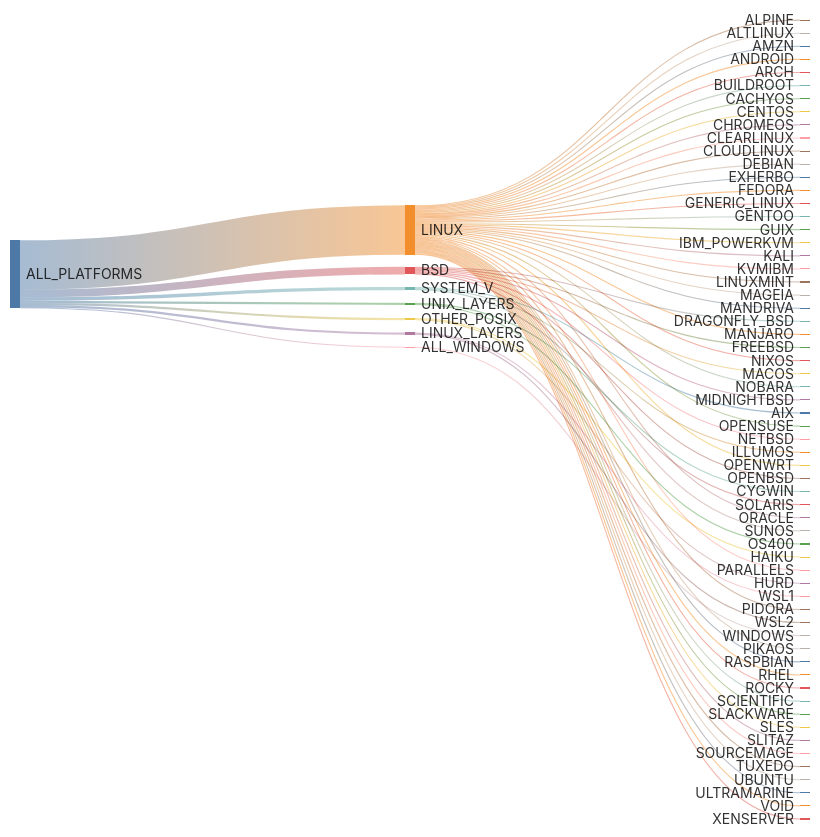
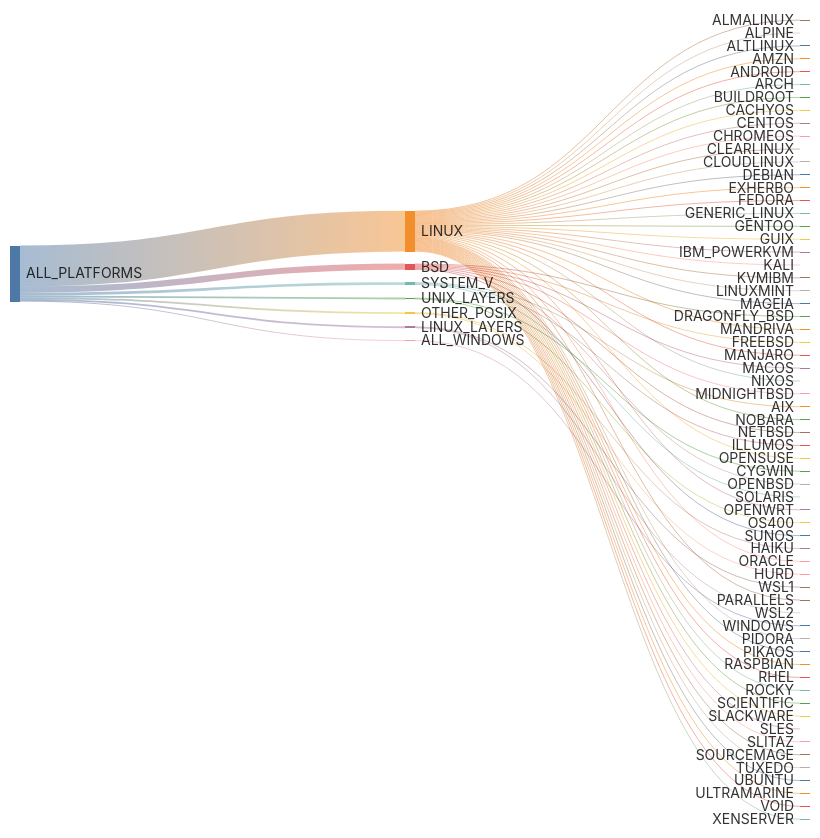
The first of 2 diagrams in docs/platforms.md (kdeldycke/extra-platforms), drawn with Mermaid before and after one commit. The commit also changed other lines of this file and 11 other files, not shown here.

````diff
--- a/docs/platforms.md
+++ b/docs/platforms.md
@@ -199,76 +200,77 @@
 ```mermaid
 ---
 config: {"sankey": {"showValues": false, "width": 800, "height": 800}}
 ---
 sankey-beta
 
-ALL_PLATFORMS,LINUX,45
+ALL_PLATFORMS,LINUX,46
 ALL_PLATFORMS,BSD,7
 ALL_PLATFORMS,SYSTEM_V,3
 ALL_PLATFORMS,UNIX_LAYERS,2
 ALL_PLATFORMS,OTHER_POSIX,2
 ALL_PLATFORMS,LINUX_LAYERS,2
 ALL_PLATFORMS,ALL_WINDOWS,1
+LINUX,ALMALINUX,1
 LINUX,ALPINE,1
 LINUX,ALTLINUX,1
 LINUX,AMZN,1
 LINUX,ANDROID,1
 LINUX,ARCH,1
 LINUX,BUILDROOT,1
 LINUX,CACHYOS,1
 LINUX,CENTOS,1
 LINUX,CHROMEOS,1
 LINUX,CLEARLINUX,1
 LINUX,CLOUDLINUX,1
 LINUX,DEBIAN,1
 LINUX,EXHERBO,1
 LINUX,FEDORA,1
 LINUX,GENERIC_LINUX,1
 LINUX,GENTOO,1
 LINUX,GUIX,1
 LINUX,IBM_POWERKVM,1
 LINUX,KALI,1
 LINUX,KVMIBM,1
 LINUX,LINUXMINT,1
 LINUX,MAGEIA,1
 LINUX,MANDRIVA,1
 LINUX,MANJARO,1
 LINUX,NIXOS,1
 LINUX,NOBARA,1
 LINUX,OPENSUSE,1
 LINUX,OPENWRT,1
 LINUX,ORACLE,1
 LINUX,PARALLELS,1
 LINUX,PIDORA,1
 LINUX,PIKAOS,1
 LINUX,RASPBIAN,1
 LINUX,RHEL,1
 LINUX,ROCKY,1
 LINUX,SCIENTIFIC,1
 LINUX,SLACKWARE,1
 LINUX,SLES,1
 LINUX,SLITAZ,1
 LINUX,SOURCEMAGE,1
 LINUX,TUXEDO,1
 LINUX,UBUNTU,1
 LINUX,ULTRAMARINE,1
 LINUX,VOID,1
 LINUX,XENSERVER,1
 BSD,DRAGONFLY_BSD,1
 BSD,FREEBSD,1
 BSD,MACOS,1
 BSD,MIDNIGHTBSD,1
 BSD,NETBSD,1
 BSD,OPENBSD,1
 BSD,SUNOS,1
 SYSTEM_V,AIX,1
 SYSTEM_V,ILLUMOS,1
 SYSTEM_V,SOLARIS,1
 UNIX_LAYERS,CYGWIN,1
 UNIX_LAYERS,OS400,1
 OTHER_POSIX,HAIKU,1
 OTHER_POSIX,HURD,1
 LINUX_LAYERS,WSL1,1
 LINUX_LAYERS,WSL2,1
 ALL_WINDOWS,WINDOWS,1
 ```
````
